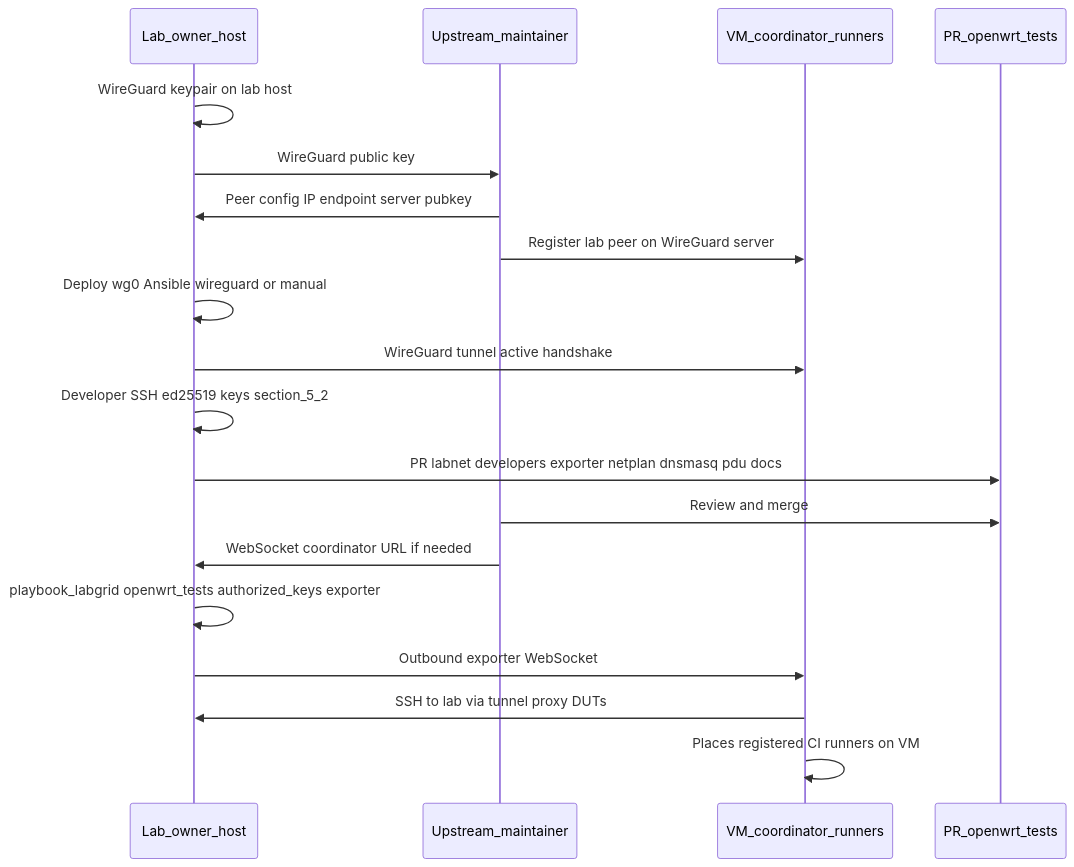
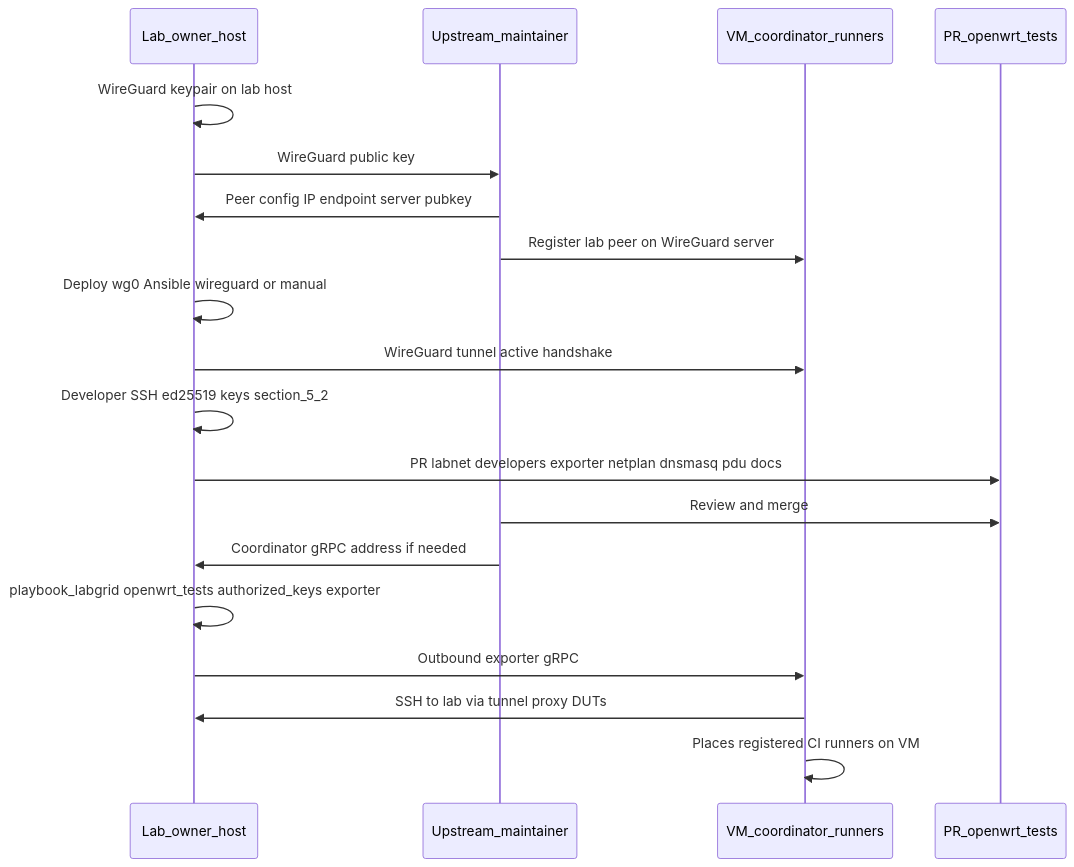
Before and after one commit to ccasanueva7/fcefyn_testbed_utils: the second of 2 diagrams in docs/diseno/openwrt-tests-onboarding.md, drawn with Mermaid. The commit also changed other lines of this file and 6 other files, not shown here.

Commit message:
docs: align coordinator protocol with labgrid 25.0 (gRPC)

````diff
--- a/docs/diseno/openwrt-tests-onboarding.md
+++ b/docs/diseno/openwrt-tests-onboarding.md
@@ -180,22 +180,22 @@
 ```mermaid
 sequenceDiagram
     participant Lab as Lab_owner_host
     participant Maint as Upstream_maintainer
     participant DC as VM_coordinator_runners
     participant PR as PR_openwrt_tests
 
     Lab->>Lab: WireGuard keypair on lab host
     Lab->>Maint: WireGuard public key
     Maint->>Lab: Peer config IP endpoint server pubkey
     Maint->>DC: Register lab peer on WireGuard server
     Lab->>Lab: Deploy wg0 Ansible wireguard or manual
     Lab->>DC: WireGuard tunnel active handshake
     Lab->>Lab: Developer SSH ed25519 keys section_5_2
     Lab->>PR: PR labnet developers exporter netplan dnsmasq pdu docs
     Maint->>PR: Review and merge
-    Maint->>Lab: WebSocket coordinator URL if needed
+    Maint->>Lab: Coordinator gRPC address if needed
     Lab->>Lab: playbook_labgrid openwrt_tests authorized_keys exporter
-    Lab->>DC: Outbound exporter WebSocket
+    Lab->>DC: Outbound exporter gRPC
     DC->>Lab: SSH to lab via tunnel proxy DUTs
     DC->>DC: Places registered CI runners on VM
 ```
````
